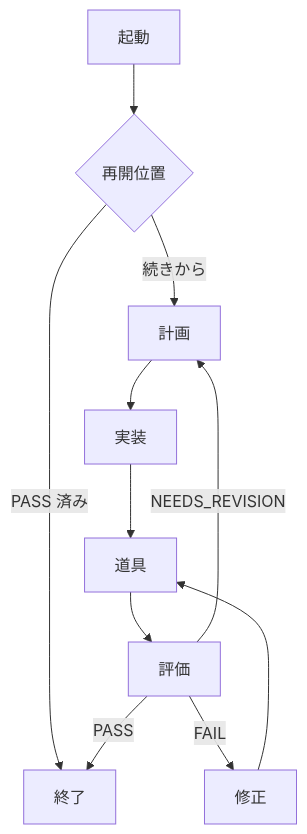
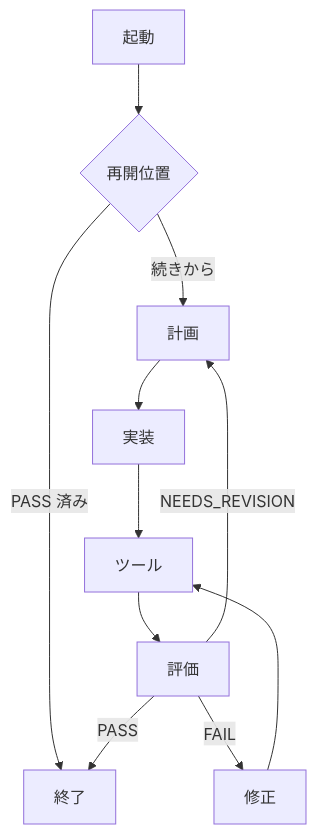
Before and after one commit to yjn279/trinity: the second of 3 diagrams in scripts/README.md, drawn with Mermaid. The commit also changed other lines of this file and 10 other files, not shown here.

````diff
--- a/scripts/README.md
+++ b/scripts/README.md
@@ -19,13 +19,13 @@
 ```mermaid
 flowchart TB
   start[起動] --> resume{再開位置}
   resume -->|PASS 済み| finish[終了]
   resume -->|続きから| plan[計画]
   plan --> generate[実装]
-  generate --> tools[道具]
+  generate --> tools[ツール]
   tools --> evaluate[評価]
   evaluate -->|PASS| finish
   evaluate -->|NEEDS_REVISION| plan
   evaluate -->|FAIL| revise[修正]
   revise --> tools
 ```
````
